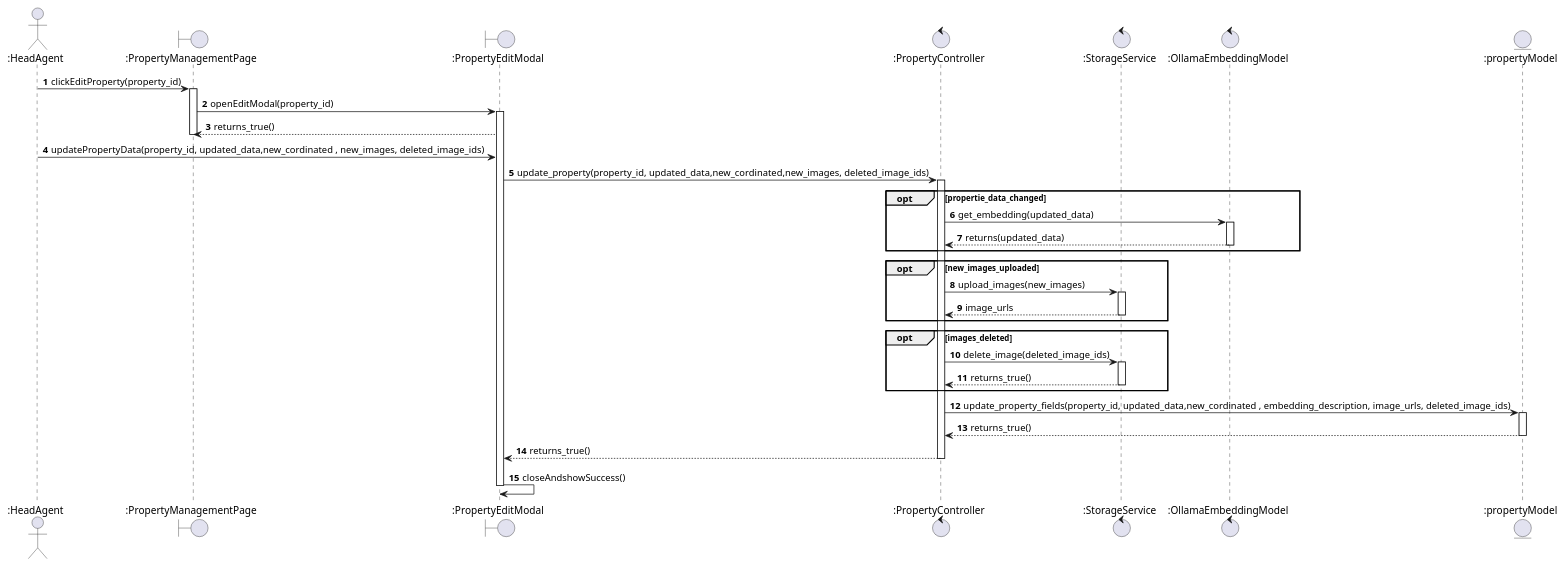
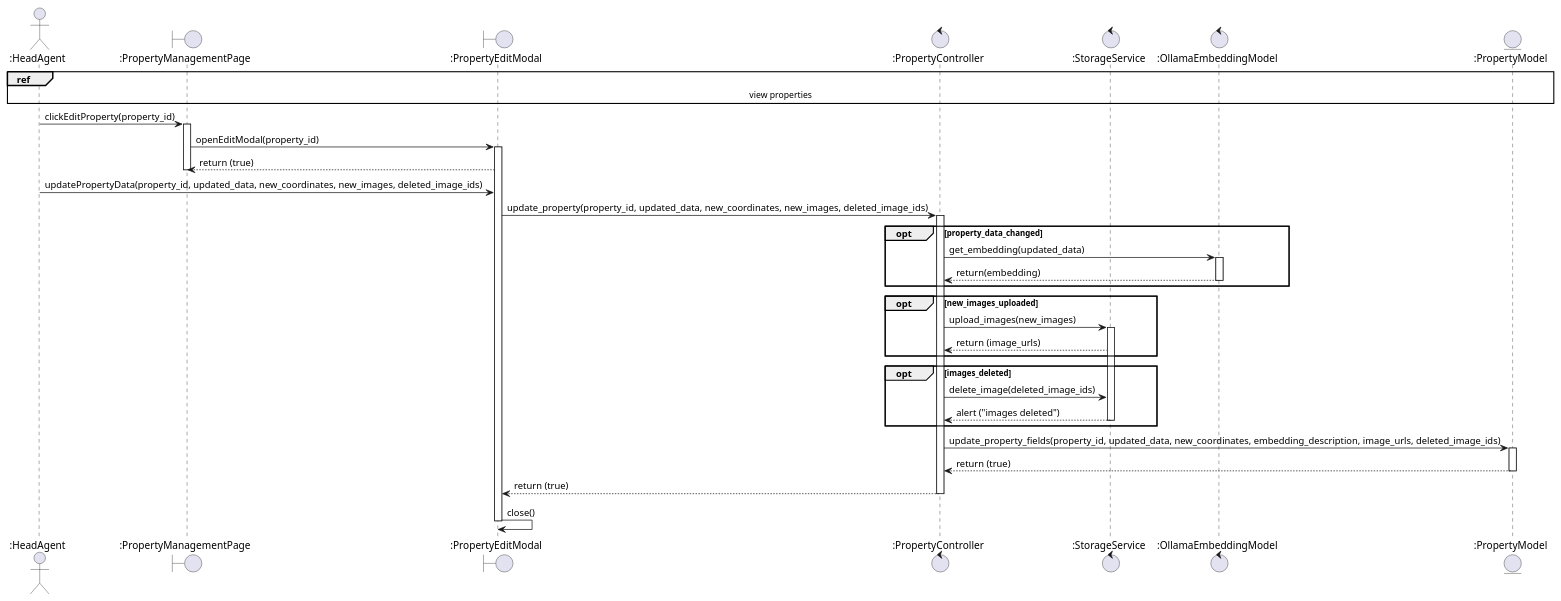
The diagram in docs/sequence_diagram_edit_property.puml (israhadjhassine/Graduation-Project-real-estate-automation), drawn with PlantUML before and after one commit. The commit also changed 100 other files, not shown here.

```diff
--- a/docs/sequence_diagram_edit_property.puml
+++ b/docs/sequence_diagram_edit_property.puml
@@ -1,56 +1,56 @@
 @startuml
-autonumber
 
 actor ":HeadAgent" as HeadAgent
+
 boundary ":PropertyManagementPage" as PropertyManagementPage
 boundary ":PropertyEditModal" as PropertyModal
 control ":PropertyController" as PropertyController
 control ":StorageService" as StorageService
 control ":OllamaEmbeddingModel" as OllamaEmbeddingModel
-entity ":propertyModel" as propertyModel
+entity ":PropertyModel" as PropertyModel
+
+ref over HeadAgent,PropertyManagementPage,PropertyModal,PropertyController,StorageService,OllamaEmbeddingModel,PropertyModel: view properties
 
 HeadAgent -> PropertyManagementPage : clickEditProperty(property_id)
 activate PropertyManagementPage
 
 PropertyManagementPage -> PropertyModal : openEditModal(property_id)
 activate PropertyModal
-PropertyManagementPage <-- PropertyModal : returns_true()
+PropertyModal --> PropertyManagementPage : return (true)
 deactivate PropertyManagementPage
 
-HeadAgent -> PropertyModal : updatePropertyData(property_id, updated_data,new_cordinated , new_images, deleted_image_ids)
+HeadAgent -> PropertyModal : updatePropertyData(property_id, updated_data, new_coordinates, new_images, deleted_image_ids)
 
-PropertyModal -> PropertyController : update_property(property_id, updated_data,new_cordinated,new_images, deleted_image_ids)
+PropertyModal -> PropertyController : update_property(property_id, updated_data, new_coordinates, new_images, deleted_image_ids)
 activate PropertyController
 
-opt propertie_data_changed
+opt property_data_changed
     PropertyController -> OllamaEmbeddingModel : get_embedding(updated_data)
     activate OllamaEmbeddingModel
-    OllamaEmbeddingModel --> PropertyController : returns(updated_data)
+    OllamaEmbeddingModel --> PropertyController : return(embedding)
     deactivate OllamaEmbeddingModel
 end
 
 opt new_images_uploaded
     PropertyController -> StorageService : upload_images(new_images)
     activate StorageService
-    StorageService --> PropertyController : image_urls
-    deactivate StorageService
+    StorageService --> PropertyController : return (image_urls)
 end
 
 opt images_deleted
     PropertyController -> StorageService : delete_image(deleted_image_ids)
-    activate StorageService
-    StorageService --> PropertyController : returns_true()
+    StorageService --> PropertyController : alert ("images deleted")
     deactivate StorageService
 end
 
-PropertyController -> propertyModel : update_property_fields(property_id, updated_data,new_cordinated , embedding_description, image_urls, deleted_image_ids)
-activate propertyModel
-propertyModel --> PropertyController : returns_true()
-deactivate propertyModel
+PropertyController -> PropertyModel : update_property_fields(property_id, updated_data, new_coordinates, embedding_description, image_urls, deleted_image_ids)
+activate PropertyModel
+PropertyModel --> PropertyController : return (true)
+deactivate PropertyModel
 
-PropertyController --> PropertyModal : returns_true()
+PropertyController --> PropertyModal : return (true)
 deactivate PropertyController
+PropertyModal -> PropertyModal : close()
+deactivate PropertyModal
 
-PropertyModal -> PropertyModal : closeAndshowSuccess()
-deactivate PropertyModal
 @enduml
```
